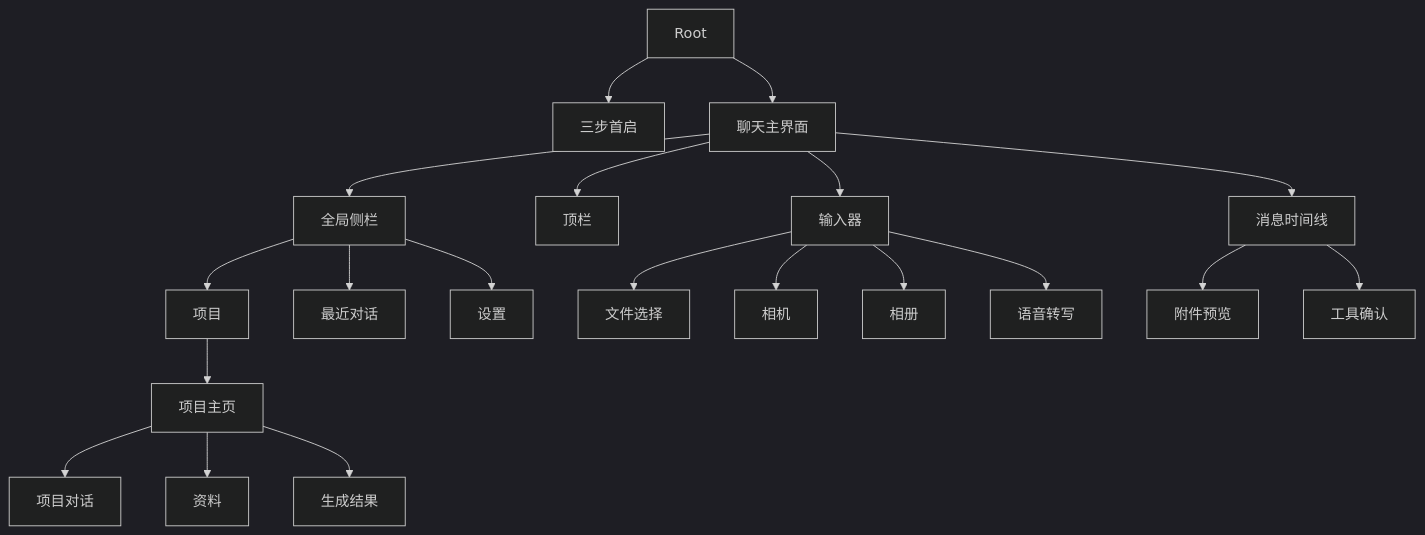
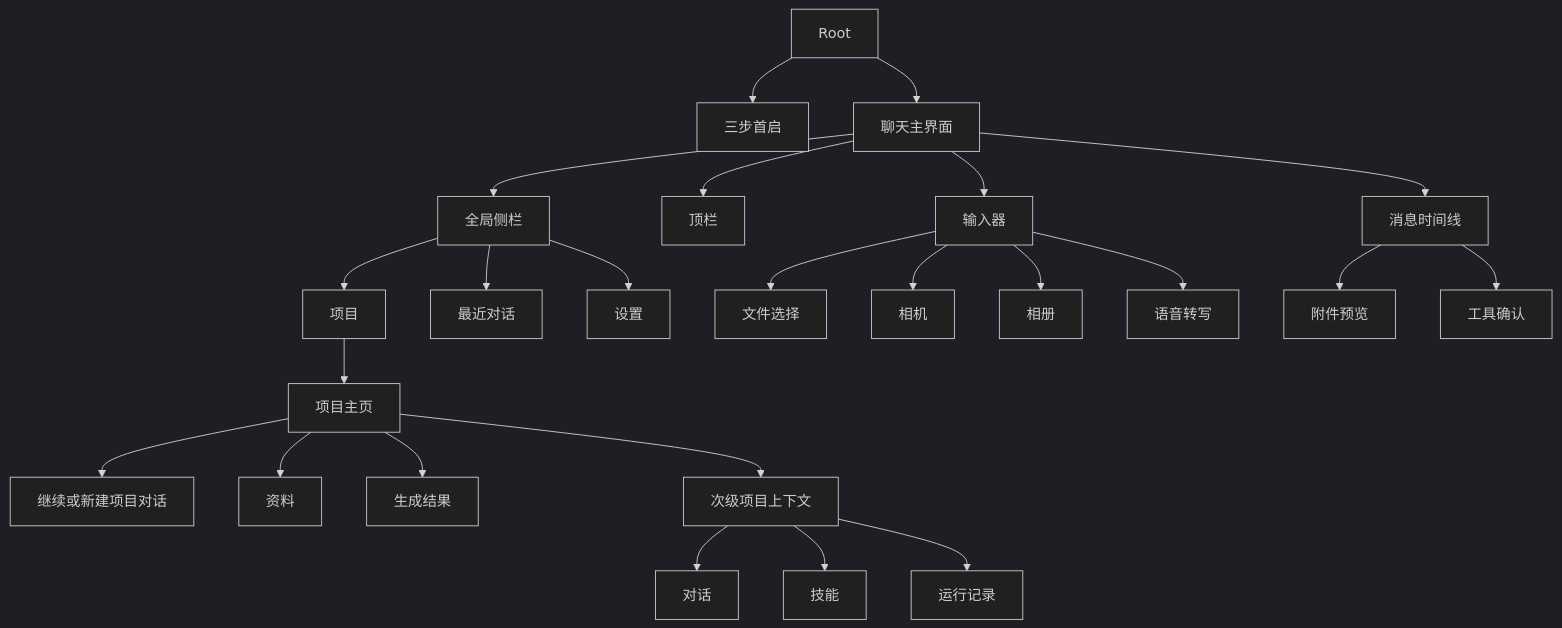
The diagram in docs/03-ui-ux-design.md (IsaacHuo/Familiar), drawn with Mermaid (dark theme) before and after one commit. The commit also changed other lines of this file and 6 other files, not shown here.

````diff
--- a/docs/03-ui-ux-design.md
+++ b/docs/03-ui-ux-design.md
@@ -19,22 +19,26 @@
 ```mermaid
 flowchart TD
     Root[Root] --> Onboarding[三步首启]
     Root --> Chat[聊天主界面]
     Chat --> Drawer[全局侧栏]
     Drawer --> Projects[项目]
     Drawer --> Recent[最近对话]
     Projects --> ProjectHome[项目主页]
-    ProjectHome --> ProjectChat[项目对话]
+    ProjectHome --> ProjectChat[继续或新建项目对话]
     ProjectHome --> Resources[资料]
     ProjectHome --> Artifacts[生成结果]
+    ProjectHome --> Context[次级项目上下文]
+    Context --> Conversations[对话]
+    Context --> Skills[技能]
+    Context --> Runs[运行记录]
     Chat --> TopBar[顶栏]
     Chat --> Timeline[消息时间线]
     Chat --> Composer[输入器]
     Drawer --> Settings[设置]
     Composer --> Files[文件选择]
     Composer --> Camera[相机]
     Composer --> Photos[相册]
     Composer --> Speech[语音转写]
     Timeline --> Preview[附件预览]
     Timeline --> Confirmation[工具确认]
 ```
````
